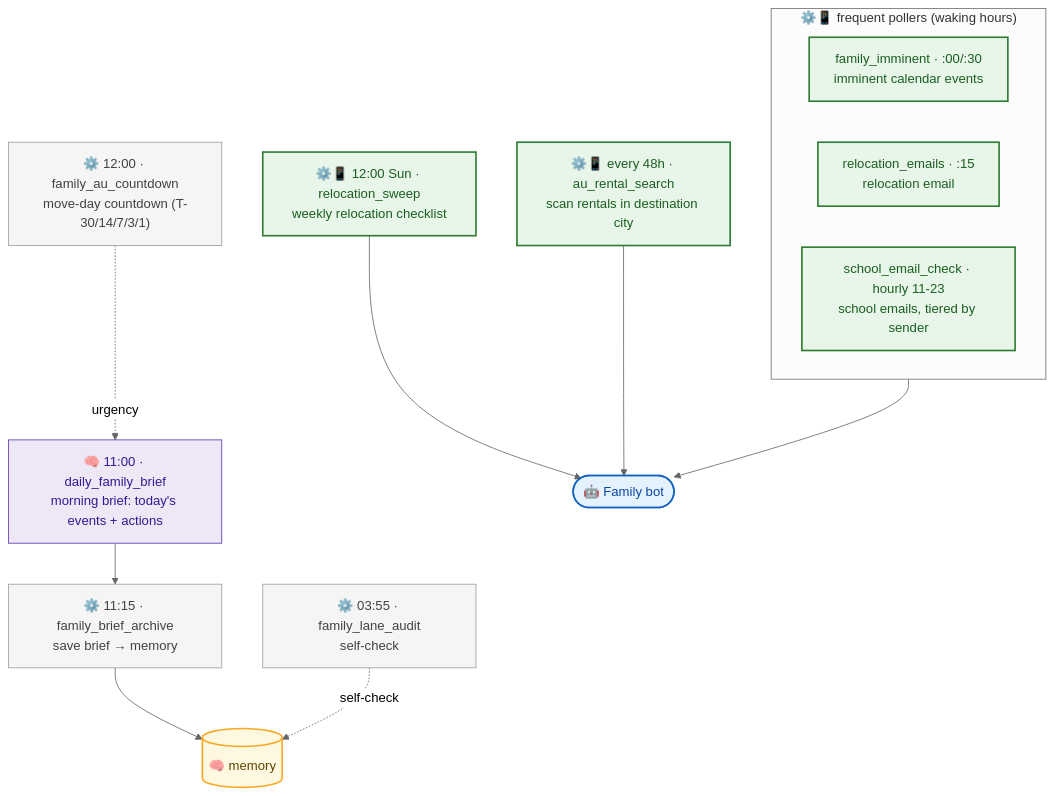
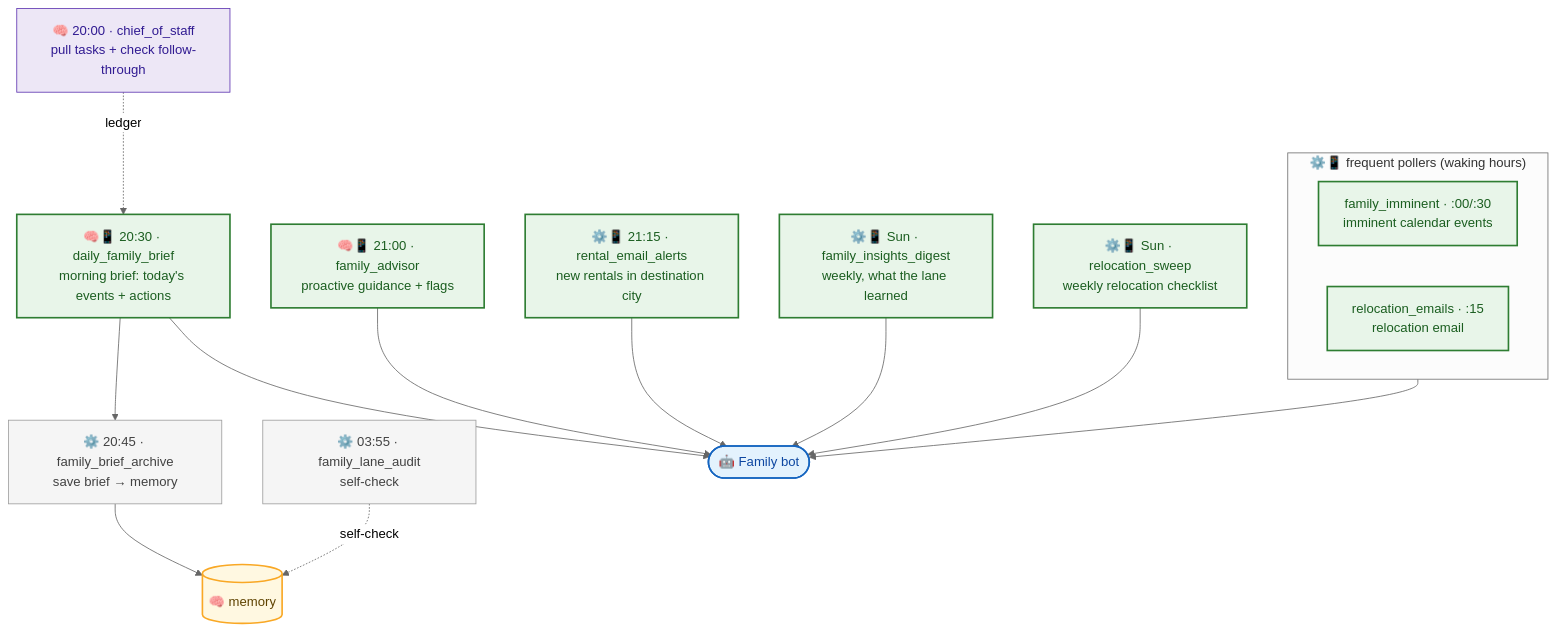
One commit to nickmuchi87/hermes-agents-showcase changed the fourth of 6 diagrams in docs/08-the-fleet-map.md. Above: the diagram before and after it, drawn with Mermaid (neutral theme). The commit also changed other lines of this file and 8 other files, not shown here.

````diff
--- a/docs/08-the-fleet-map.md
+++ b/docs/08-the-fleet-map.md
@@ -156,30 +182,34 @@
 ```mermaid
 flowchart TB
     subgraph POLL["⚙️📱 frequent pollers (waking hours)"]
         direction LR
         imm["family_imminent · :00/:30<br/>imminent calendar events"]:::ping
         reloc["relocation_emails · :15<br/>relocation email"]:::ping
-        school["school_email_check · hourly 11-23<br/>school emails, tiered by sender"]:::ping
     end
-    brief["🧠 11:00 · daily_family_brief<br/>morning brief: today's events + actions"]:::agent
-    arch["⚙️ 11:15 · family_brief_archive<br/>save brief → memory"]:::plumb
-    cd["⚙️ 12:00 · family_au_countdown<br/>move-day countdown (T-30/14/7/3/1)"]:::plumb
-    sweep["⚙️📱 12:00 Sun · relocation_sweep<br/>weekly relocation checklist"]:::ping
-    rent["⚙️📱 every 48h · au_rental_search<br/>scan rentals in destination city"]:::ping
+    cos["🧠 20:00 · chief_of_staff<br/>pull tasks + check follow-through"]:::agent
+    brief["🧠📱 20:30 · daily_family_brief<br/>morning brief: today's events + actions"]:::ping
+    arch["⚙️ 20:45 · family_brief_archive<br/>save brief → memory"]:::plumb
+    adv["🧠📱 21:00 · family_advisor<br/>proactive guidance + flags"]:::ping
+    rent["⚙️📱 21:15 · rental_email_alerts<br/>new rentals in destination city"]:::ping
+    ins["⚙️📱 Sun · family_insights_digest<br/>weekly, what the lane learned"]:::ping
+    sweep["⚙️📱 Sun · relocation_sweep<br/>weekly relocation checklist"]:::ping
     aud["⚙️ 03:55 · family_lane_audit<br/>self-check"]:::plumb
     mem[("🧠 memory")]:::mem
     bot(["🤖 Family bot"]):::bot
 
-    cd -. "urgency" .-> brief
+    cos -. "ledger" .-> brief
     brief --> arch --> mem
+    brief --> bot
+    adv --> bot
     POLL --> bot
+    rent --> bot
+    ins --> bot
     sweep --> bot
-    rent --> bot
     aud -. "self-check" .-> mem
 
     classDef agent fill:#ede7f6,stroke:#5e35b1,color:#311b92;
     classDef plumb fill:#f5f5f5,stroke:#9e9e9e,color:#424242;
     classDef ping fill:#e8f5e9,stroke:#2e7d32,color:#1b5e20,stroke-width:2px;
     classDef mem fill:#fff8e1,stroke:#f9a825,color:#5f4300,stroke-width:2px;
     classDef bot fill:#e3f2fd,stroke:#1565c0,color:#0d47a1,stroke-width:2px;
 ```
````
